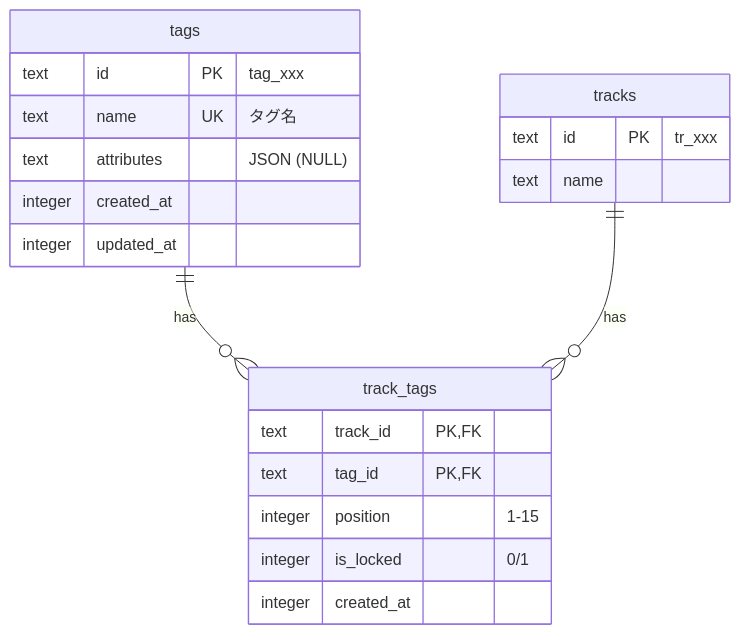
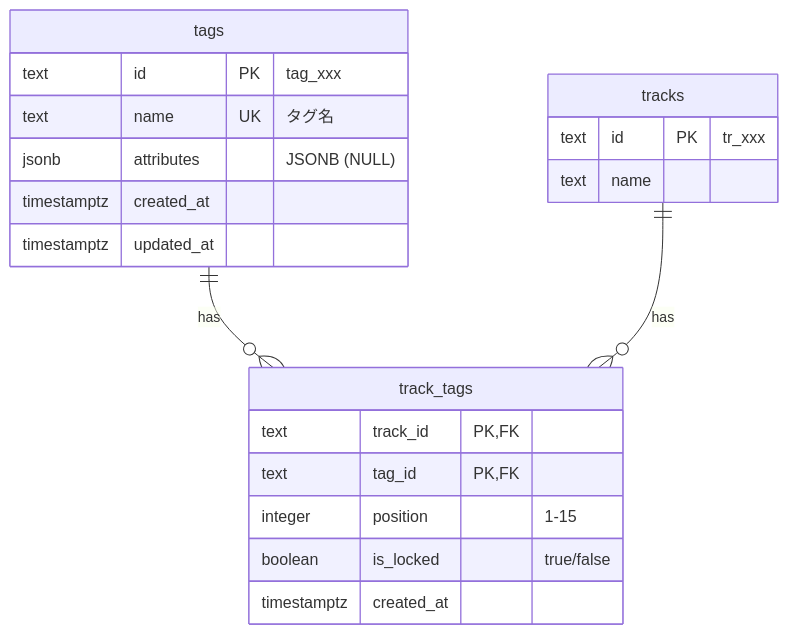
One commit to shiroemons/thac changed the diagram in docs/specs/tag/database-schema.md. Above: the diagram before and after it, drawn with Mermaid. The commit also changed other lines of this file and 207 other files, not shown here.

````diff
--- a/docs/specs/tag/database-schema.md
+++ b/docs/specs/tag/database-schema.md
@@ -5,26 +5,26 @@
 ```mermaid
 erDiagram
     tags {
         text id PK "tag_xxx"
         text name UK "タグ名"
-        text attributes "JSON (NULL)"
-        integer created_at
-        integer updated_at
+        jsonb attributes "JSONB (NULL)"
+        timestamptz created_at
+        timestamptz updated_at
     }
 
     tracks {
         text id PK "tr_xxx"
         text name
     }
 
     track_tags {
         text track_id PK,FK
         text tag_id PK,FK
         integer position "1-15"
-        integer is_locked "0/1"
-        integer created_at
+        boolean is_locked "true/false"
+        timestamptz created_at
     }
 
     tags ||--o{ track_tags : "has"
     tracks ||--o{ track_tags : "has"
 ```
````
